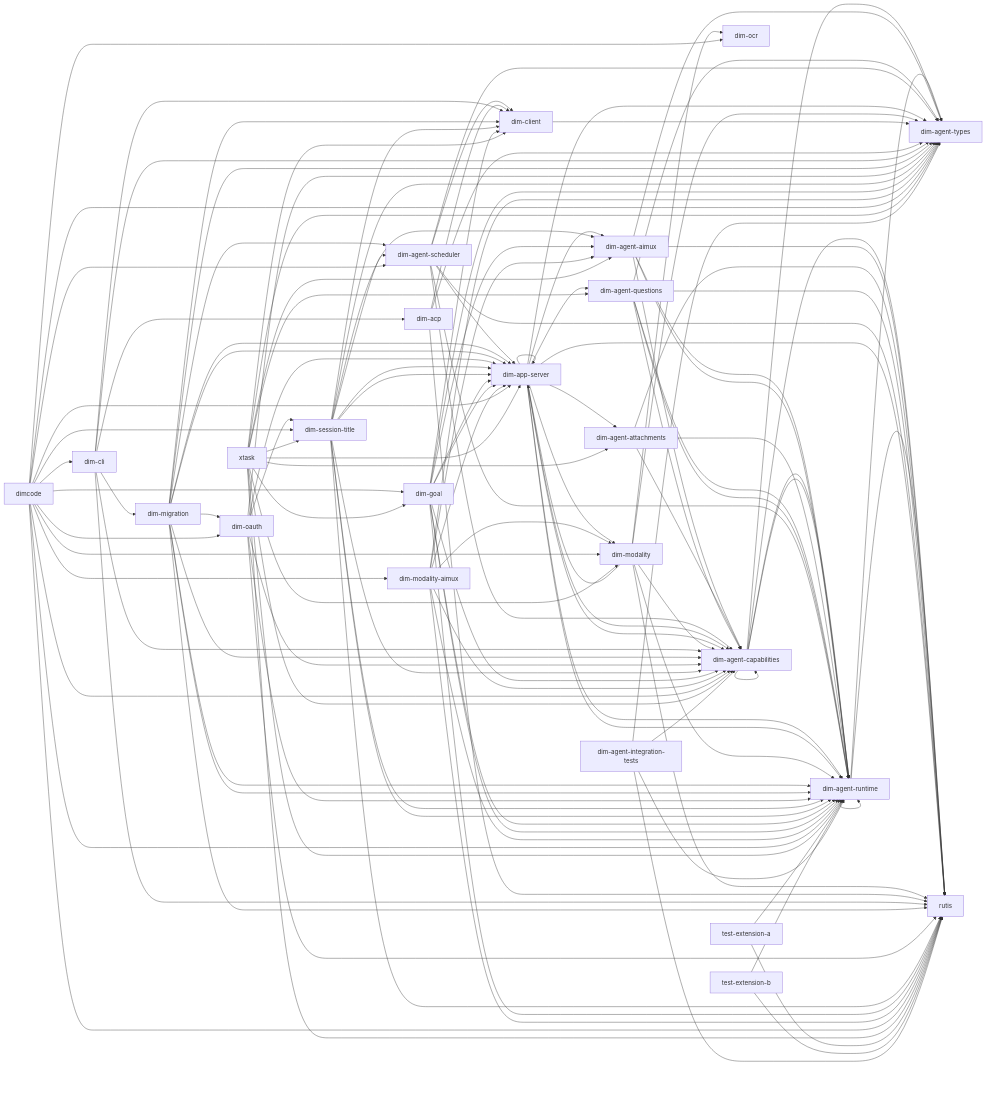
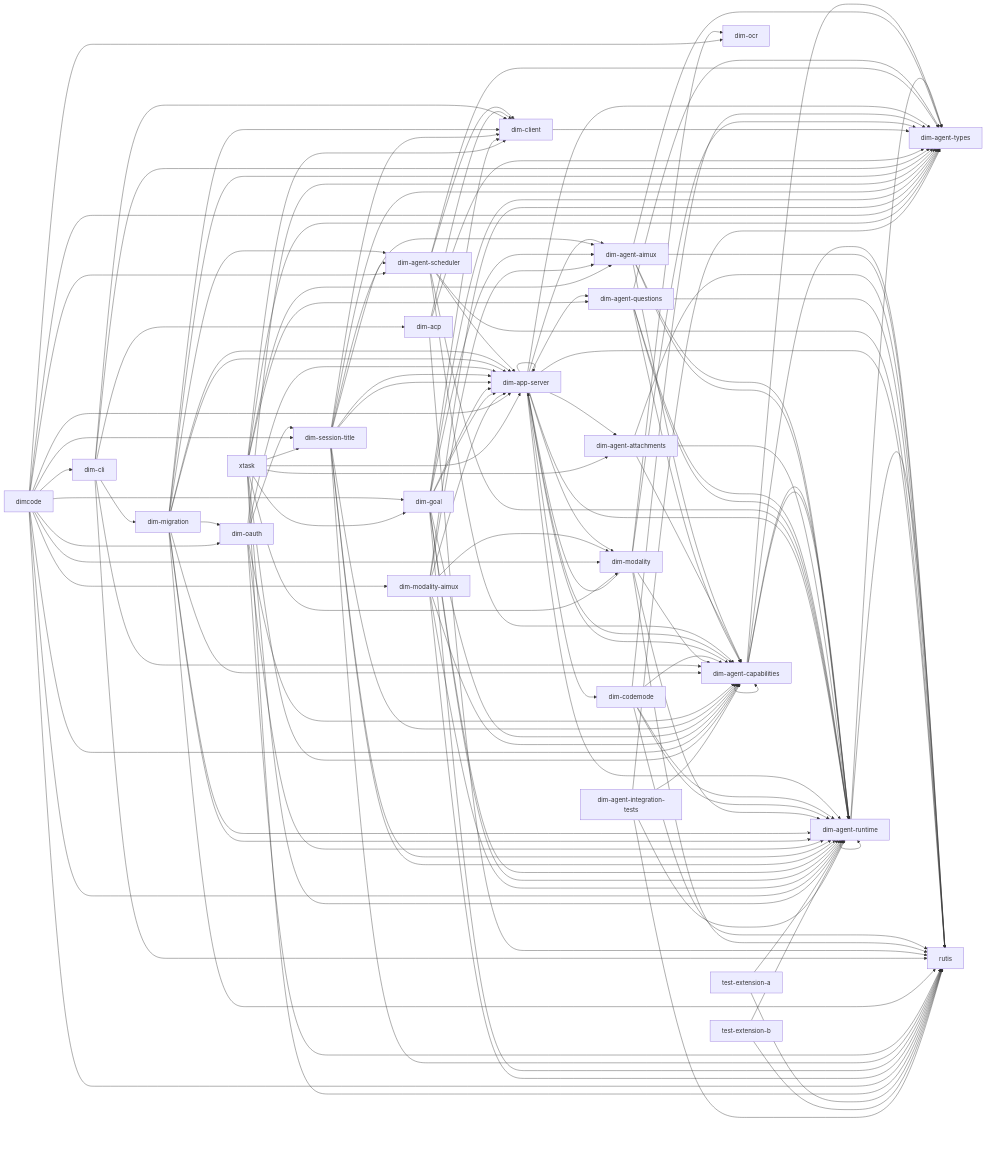
One commit to CoutinhoTTS/dim-agent changed the diagram in docs/architecture/rust-agent/generated/crates.mmd. Above: the diagram before and after it, drawn with Mermaid. The commit also changed 21 other files, not shown here.

```diff
--- a/docs/architecture/rust-agent/generated/crates.mmd
+++ b/docs/architecture/rust-agent/generated/crates.mmd
@@ -1,131 +1,137 @@
 %% Generated from cargo metadata; do not edit.
 flowchart LR
   dim_agent_runtime["dim-agent-runtime"] --> dim_agent_types["dim-agent-types"]
   dim_agent_runtime["dim-agent-runtime"] --> rutis["rutis"]
   dim_agent_runtime["dim-agent-runtime"] --> dim_agent_runtime["dim-agent-runtime"]
   dim_agent_capabilities["dim-agent-capabilities"] --> dim_agent_runtime["dim-agent-runtime"]
   dim_agent_capabilities["dim-agent-capabilities"] --> dim_agent_types["dim-agent-types"]
   dim_agent_capabilities["dim-agent-capabilities"] --> rutis["rutis"]
   dim_agent_capabilities["dim-agent-capabilities"] --> dim_agent_capabilities["dim-agent-capabilities"]
   dim_agent_capabilities["dim-agent-capabilities"] --> dim_agent_runtime["dim-agent-runtime"]
   dim_agent_aimux["dim-agent-aimux"] --> dim_agent_capabilities["dim-agent-capabilities"]
   dim_agent_aimux["dim-agent-aimux"] --> dim_agent_runtime["dim-agent-runtime"]
   dim_agent_aimux["dim-agent-aimux"] --> dim_agent_types["dim-agent-types"]
   dim_agent_aimux["dim-agent-aimux"] --> rutis["rutis"]
   dim_agent_aimux["dim-agent-aimux"] --> dim_agent_runtime["dim-agent-runtime"]
   dim_agent_attachments["dim-agent-attachments"] --> dim_agent_capabilities["dim-agent-capabilities"]
   dim_agent_attachments["dim-agent-attachments"] --> dim_agent_runtime["dim-agent-runtime"]
   dim_agent_attachments["dim-agent-attachments"] --> rutis["rutis"]
   dim_agent_questions["dim-agent-questions"] --> dim_agent_capabilities["dim-agent-capabilities"]
   dim_agent_questions["dim-agent-questions"] --> dim_agent_runtime["dim-agent-runtime"]
   dim_agent_questions["dim-agent-questions"] --> dim_agent_types["dim-agent-types"]
   dim_agent_questions["dim-agent-questions"] --> rutis["rutis"]
   dim_agent_questions["dim-agent-questions"] --> dim_agent_runtime["dim-agent-runtime"]
   dim_agent_scheduler["dim-agent-scheduler"] --> dim_agent_capabilities["dim-agent-capabilities"]
   dim_agent_scheduler["dim-agent-scheduler"] --> dim_agent_runtime["dim-agent-runtime"]
   dim_agent_scheduler["dim-agent-scheduler"] --> dim_agent_types["dim-agent-types"]
   dim_agent_scheduler["dim-agent-scheduler"] --> dim_app_server["dim-app-server"]
   dim_agent_scheduler["dim-agent-scheduler"] --> rutis["rutis"]
   dim_agent_scheduler["dim-agent-scheduler"] --> dim_client["dim-client"]
   dim_app_server["dim-app-server"] --> dim_agent_aimux["dim-agent-aimux"]
   dim_app_server["dim-app-server"] --> dim_agent_attachments["dim-agent-attachments"]
   dim_app_server["dim-app-server"] --> dim_agent_capabilities["dim-agent-capabilities"]
   dim_app_server["dim-app-server"] --> dim_agent_questions["dim-agent-questions"]
   dim_app_server["dim-app-server"] --> dim_agent_runtime["dim-agent-runtime"]
   dim_app_server["dim-app-server"] --> dim_agent_types["dim-agent-types"]
+  dim_app_server["dim-app-server"] --> dim_codemode["dim-codemode"]
   dim_app_server["dim-app-server"] --> rutis["rutis"]
   dim_app_server["dim-app-server"] --> dim_agent_capabilities["dim-agent-capabilities"]
   dim_app_server["dim-app-server"] --> dim_agent_runtime["dim-agent-runtime"]
   dim_app_server["dim-app-server"] --> dim_app_server["dim-app-server"]
   dim_app_server["dim-app-server"] --> dim_modality["dim-modality"]
+  dim_codemode["dim-codemode"] --> dim_agent_capabilities["dim-agent-capabilities"]
+  dim_codemode["dim-codemode"] --> dim_agent_runtime["dim-agent-runtime"]
+  dim_codemode["dim-codemode"] --> dim_agent_types["dim-agent-types"]
+  dim_codemode["dim-codemode"] --> rutis["rutis"]
+  dim_codemode["dim-codemode"] --> dim_agent_runtime["dim-agent-runtime"]
   dim_modality["dim-modality"] --> dim_agent_capabilities["dim-agent-capabilities"]
   dim_modality["dim-modality"] --> dim_agent_runtime["dim-agent-runtime"]
   dim_modality["dim-modality"] --> dim_agent_types["dim-agent-types"]
   dim_modality["dim-modality"] --> dim_app_server["dim-app-server"]
   dim_modality["dim-modality"] --> dim_ocr["dim-ocr"]
   dim_modality["dim-modality"] --> rutis["rutis"]
   dim_client["dim-client"] --> dim_agent_types["dim-agent-types"]
   dim_acp["dim-acp"] --> dim_agent_types["dim-agent-types"]
   dim_acp["dim-acp"] --> dim_client["dim-client"]
   dim_acp["dim-acp"] --> rutis["rutis"]
   dim_cli["dim-cli"] --> dim_acp["dim-acp"]
   dim_cli["dim-cli"] --> dim_agent_capabilities["dim-agent-capabilities"]
   dim_cli["dim-cli"] --> dim_agent_types["dim-agent-types"]
   dim_cli["dim-cli"] --> dim_client["dim-client"]
   dim_cli["dim-cli"] --> dim_migration["dim-migration"]
   dim_cli["dim-cli"] --> rutis["rutis"]
   dim_migration["dim-migration"] --> dim_agent_capabilities["dim-agent-capabilities"]
   dim_migration["dim-migration"] --> dim_agent_runtime["dim-agent-runtime"]
   dim_migration["dim-migration"] --> dim_agent_types["dim-agent-types"]
   dim_migration["dim-migration"] --> dim_app_server["dim-app-server"]
   dim_migration["dim-migration"] --> rutis["rutis"]
   dim_migration["dim-migration"] --> dim_agent_runtime["dim-agent-runtime"]
   dim_migration["dim-migration"] --> dim_agent_scheduler["dim-agent-scheduler"]
   dim_migration["dim-migration"] --> dim_app_server["dim-app-server"]
   dim_migration["dim-migration"] --> dim_client["dim-client"]
   dim_migration["dim-migration"] --> dim_oauth["dim-oauth"]
   dim_oauth["dim-oauth"] --> dim_agent_capabilities["dim-agent-capabilities"]
   dim_oauth["dim-oauth"] --> dim_agent_runtime["dim-agent-runtime"]
   dim_oauth["dim-oauth"] --> dim_app_server["dim-app-server"]
   dim_oauth["dim-oauth"] --> dim_session_title["dim-session-title"]
   dim_oauth["dim-oauth"] --> rutis["rutis"]
   dim_oauth["dim-oauth"] --> dim_agent_types["dim-agent-types"]
   dim_session_title["dim-session-title"] --> dim_agent_capabilities["dim-agent-capabilities"]
   dim_session_title["dim-session-title"] --> dim_agent_runtime["dim-agent-runtime"]
   dim_session_title["dim-session-title"] --> dim_agent_types["dim-agent-types"]
   dim_session_title["dim-session-title"] --> dim_app_server["dim-app-server"]
   dim_session_title["dim-session-title"] --> rutis["rutis"]
   dim_session_title["dim-session-title"] --> dim_agent_aimux["dim-agent-aimux"]
   dim_session_title["dim-session-title"] --> dim_agent_runtime["dim-agent-runtime"]
   dim_session_title["dim-session-title"] --> dim_agent_scheduler["dim-agent-scheduler"]
   dim_session_title["dim-session-title"] --> dim_app_server["dim-app-server"]
   dim_session_title["dim-session-title"] --> dim_client["dim-client"]
   dim_goal["dim-goal"] --> dim_agent_capabilities["dim-agent-capabilities"]
   dim_goal["dim-goal"] --> dim_agent_runtime["dim-agent-runtime"]
   dim_goal["dim-goal"] --> dim_agent_types["dim-agent-types"]
   dim_goal["dim-goal"] --> dim_app_server["dim-app-server"]
   dim_goal["dim-goal"] --> rutis["rutis"]
   dim_goal["dim-goal"] --> dim_agent_aimux["dim-agent-aimux"]
   dim_goal["dim-goal"] --> dim_agent_runtime["dim-agent-runtime"]
   dim_goal["dim-goal"] --> dim_app_server["dim-app-server"]
   dim_goal["dim-goal"] --> dim_client["dim-client"]
   dim_modality_aimux["dim-modality-aimux"] --> dim_agent_aimux["dim-agent-aimux"]
   dim_modality_aimux["dim-modality-aimux"] --> dim_agent_capabilities["dim-agent-capabilities"]
   dim_modality_aimux["dim-modality-aimux"] --> dim_agent_runtime["dim-agent-runtime"]
   dim_modality_aimux["dim-modality-aimux"] --> dim_agent_types["dim-agent-types"]
   dim_modality_aimux["dim-modality-aimux"] --> dim_modality["dim-modality"]
   dim_modality_aimux["dim-modality-aimux"] --> rutis["rutis"]
   dim_modality_aimux["dim-modality-aimux"] --> dim_app_server["dim-app-server"]
   dimcode["dimcode"] --> dim_agent_runtime["dim-agent-runtime"]
   dimcode["dimcode"] --> dim_agent_scheduler["dim-agent-scheduler"]
   dimcode["dimcode"] --> dim_app_server["dim-app-server"]
   dimcode["dimcode"] --> dim_cli["dim-cli"]
   dimcode["dimcode"] --> dim_goal["dim-goal"]
   dimcode["dimcode"] --> dim_modality["dim-modality"]
   dimcode["dimcode"] --> dim_modality_aimux["dim-modality-aimux"]
   dimcode["dimcode"] --> dim_oauth["dim-oauth"]
   dimcode["dimcode"] --> dim_ocr["dim-ocr"]
   dimcode["dimcode"] --> dim_session_title["dim-session-title"]
   dimcode["dimcode"] --> dim_agent_capabilities["dim-agent-capabilities"]
   dimcode["dimcode"] --> dim_agent_types["dim-agent-types"]
   dimcode["dimcode"] --> rutis["rutis"]
   xtask["xtask"] --> dim_agent_aimux["dim-agent-aimux"]
   xtask["xtask"] --> dim_agent_attachments["dim-agent-attachments"]
   xtask["xtask"] --> dim_agent_capabilities["dim-agent-capabilities"]
   xtask["xtask"] --> dim_agent_questions["dim-agent-questions"]
   xtask["xtask"] --> dim_agent_runtime["dim-agent-runtime"]
   xtask["xtask"] --> dim_agent_types["dim-agent-types"]
   xtask["xtask"] --> dim_app_server["dim-app-server"]
   xtask["xtask"] --> dim_client["dim-client"]
   xtask["xtask"] --> dim_goal["dim-goal"]
   xtask["xtask"] --> dim_modality["dim-modality"]
   xtask["xtask"] --> dim_session_title["dim-session-title"]
   xtask["xtask"] --> rutis["rutis"]
   test_extension_a["test-extension-a"] --> dim_agent_runtime["dim-agent-runtime"]
   test_extension_a["test-extension-a"] --> rutis["rutis"]
   test_extension_b["test-extension-b"] --> dim_agent_runtime["dim-agent-runtime"]
   test_extension_b["test-extension-b"] --> rutis["rutis"]
   dim_agent_integration_tests["dim-agent-integration-tests"] --> dim_agent_capabilities["dim-agent-capabilities"]
   dim_agent_integration_tests["dim-agent-integration-tests"] --> dim_agent_runtime["dim-agent-runtime"]
   dim_agent_integration_tests["dim-agent-integration-tests"] --> dim_agent_types["dim-agent-types"]
   dim_agent_integration_tests["dim-agent-integration-tests"] --> rutis["rutis"]
```
